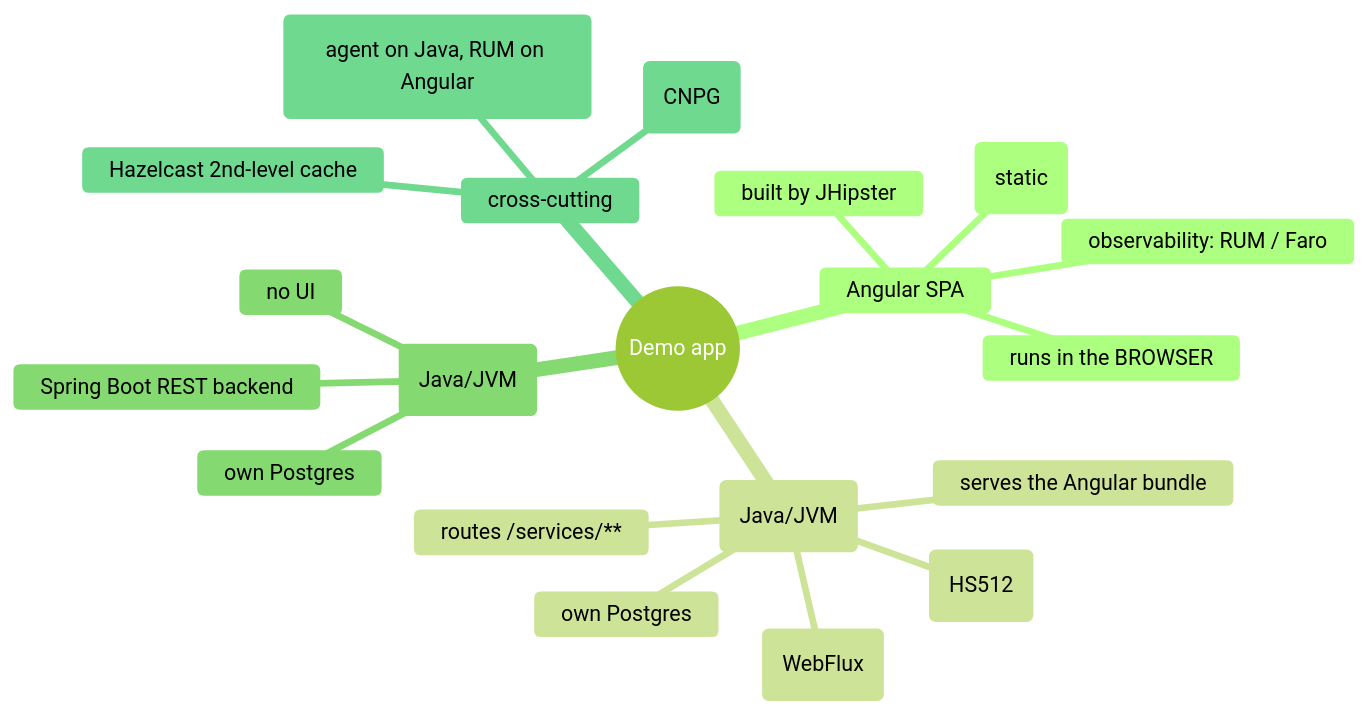
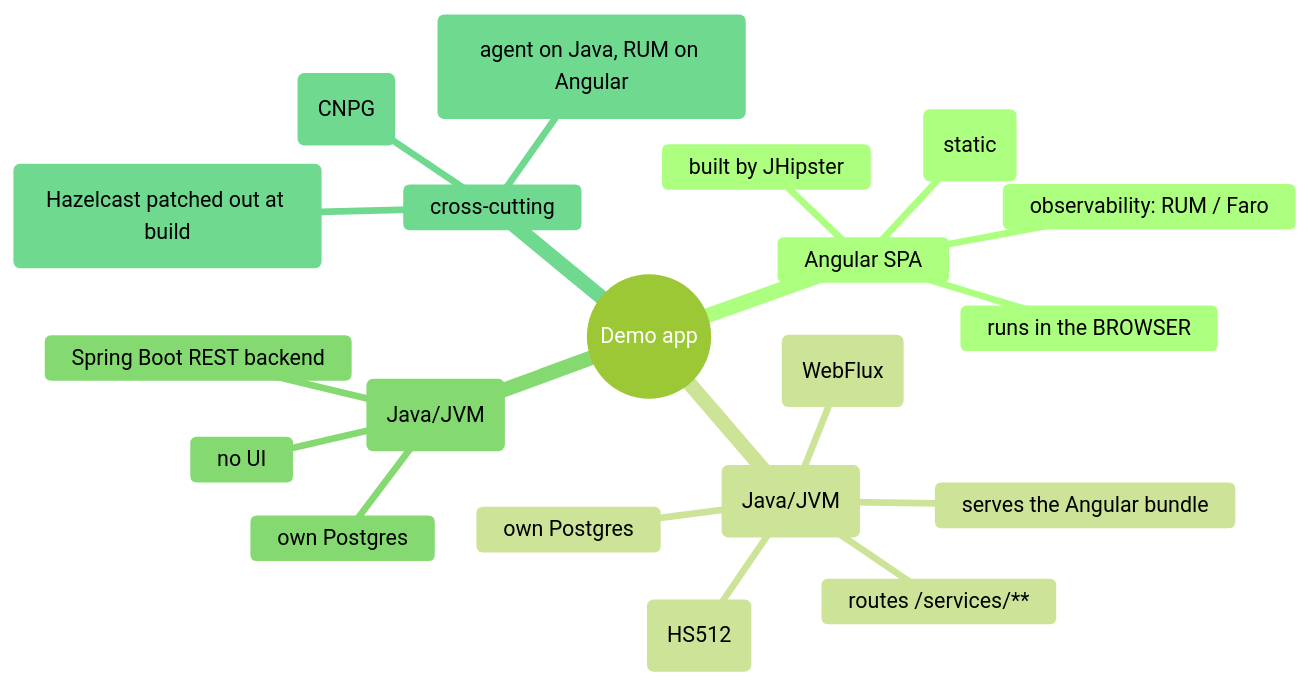
Before and after one commit to nubenetes/jenkins-2026: the first of 4 diagrams in docs/202-MICROSERVICES-APP-ARCHITECTURE.md, drawn with Mermaid (forest theme). The commit also changed other lines of this file and 28 other files, not shown here.

````diff
--- a/docs/202-MICROSERVICES-APP-ARCHITECTURE.md
+++ b/docs/202-MICROSERVICES-APP-ARCHITECTURE.md
@@ -18,23 +18,23 @@
 ```mermaid
 mindmap
   root((Demo app))
     Angular SPA
       built by JHipster
       served BY the gateway (static)
       runs in the BROWSER
       observability: RUM / Faro
     gateway (Java/JVM)
       Spring Cloud Gateway (WebFlux)
       serves the Angular bundle
       JWT auth (HS512)
       routes /services/**
       own Postgres
     jhipstersamplemicroservice (Java/JVM)
       Spring Boot REST backend
       no UI
       own Postgres
     cross-cutting
       database-per-service (CNPG)
-      Hazelcast 2nd-level cache
+      NoOp cache (Hazelcast patched out at build)
       OTel (agent on Java, RUM on Angular)
 ```
````
